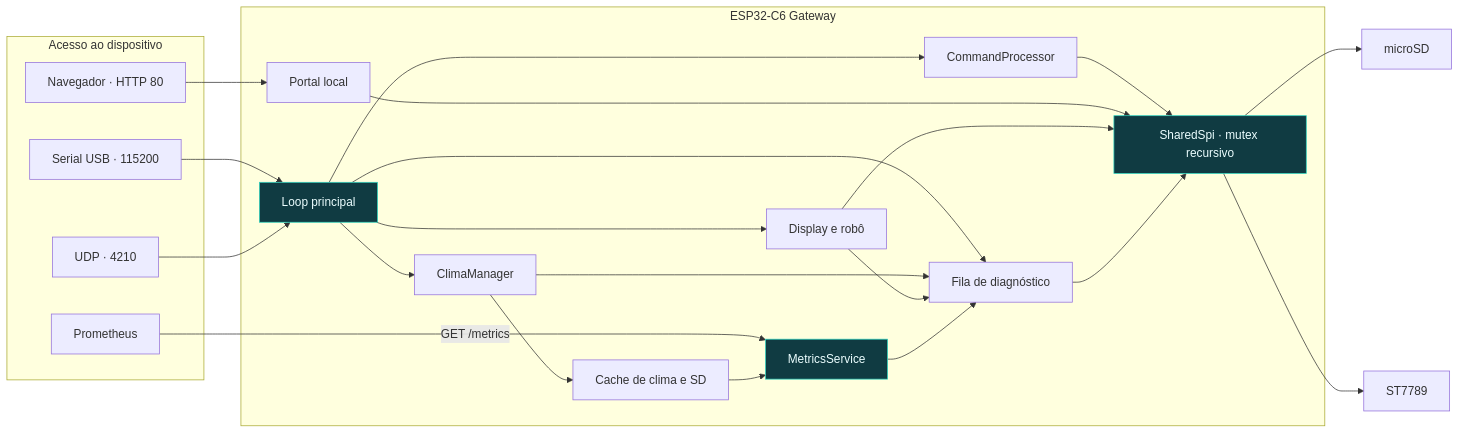
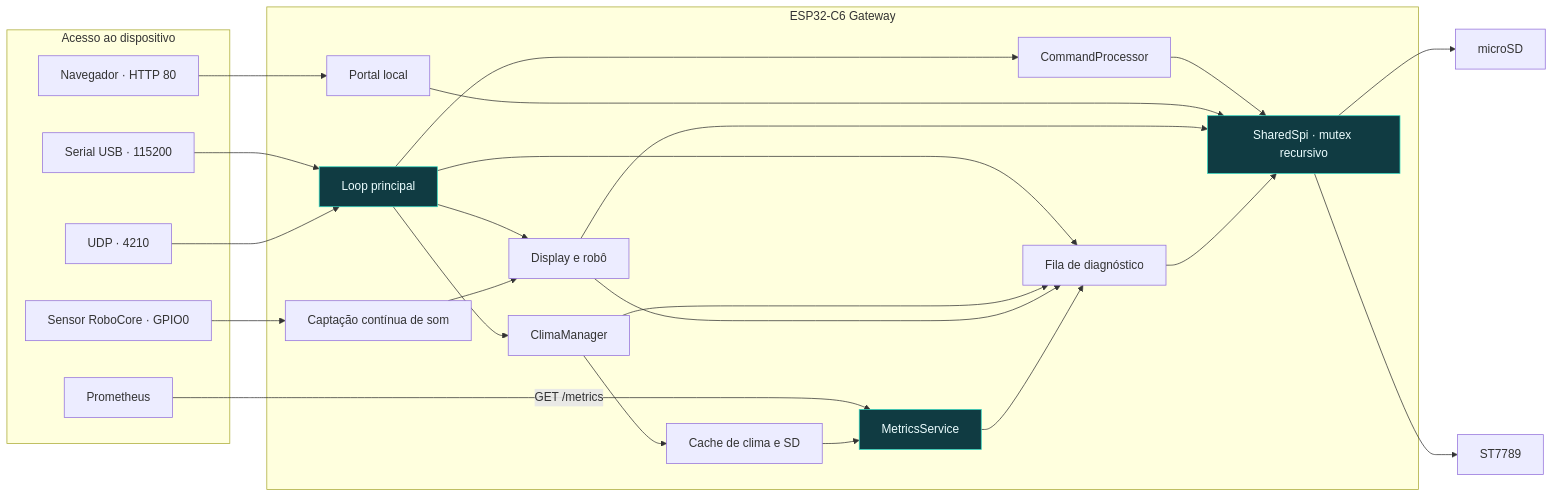
One commit to paulocfmarques-collab/esp32C6 changed the first of 5 diagrams in README.md. Above: the diagram before and after it, drawn with Mermaid. The commit also changed other lines of this file and 16 other files, not shown here.

````diff
--- a/README.md
+++ b/README.md
@@ -104,41 +106,45 @@
 ```mermaid
 flowchart LR
     subgraph Entradas["Acesso ao dispositivo"]
         USB["Serial USB · 115200"]
         UDP["UDP · 4210"]
         WEB["Navegador · HTTP 80"]
         PROM["Prometheus"]
+        MIC["Sensor RoboCore · GPIO0"]
     end
     subgraph Firmware["ESP32-C6 Gateway"]
         LOOP["Loop principal"]
         CMD["CommandProcessor"]
         PORTAL["Portal local"]
         MET["MetricsService"]
         WEATHER["ClimaManager"]
+        SOUND["Captação contínua de som"]
         CACHE["Cache de clima e SD"]
         DISPLAY["Display e robô"]
         DIAG["Fila de diagnóstico"]
         SPI["SharedSpi · mutex recursivo"]
     end
     USB --> LOOP
     UDP --> LOOP
     LOOP --> CMD
     WEB --> PORTAL
     PROM -->|"GET /metrics"| MET
     LOOP --> DISPLAY
     LOOP --> WEATHER
+    MIC --> SOUND
+    SOUND --> DISPLAY
     WEATHER --> CACHE
     CACHE --> MET
     CMD --> SPI
     LOOP --> DIAG
     WEATHER --> DIAG
     DISPLAY --> DIAG
     MET --> DIAG
     PORTAL --> SPI
     DISPLAY --> SPI
     DIAG --> SPI
     SPI --> SD["microSD"]
     SPI --> TFT["ST7789"]
     classDef accent fill:#103b42,stroke:#2dd4bf,color:#ecfeff
     class LOOP,MET,SPI accent
 ```
````
